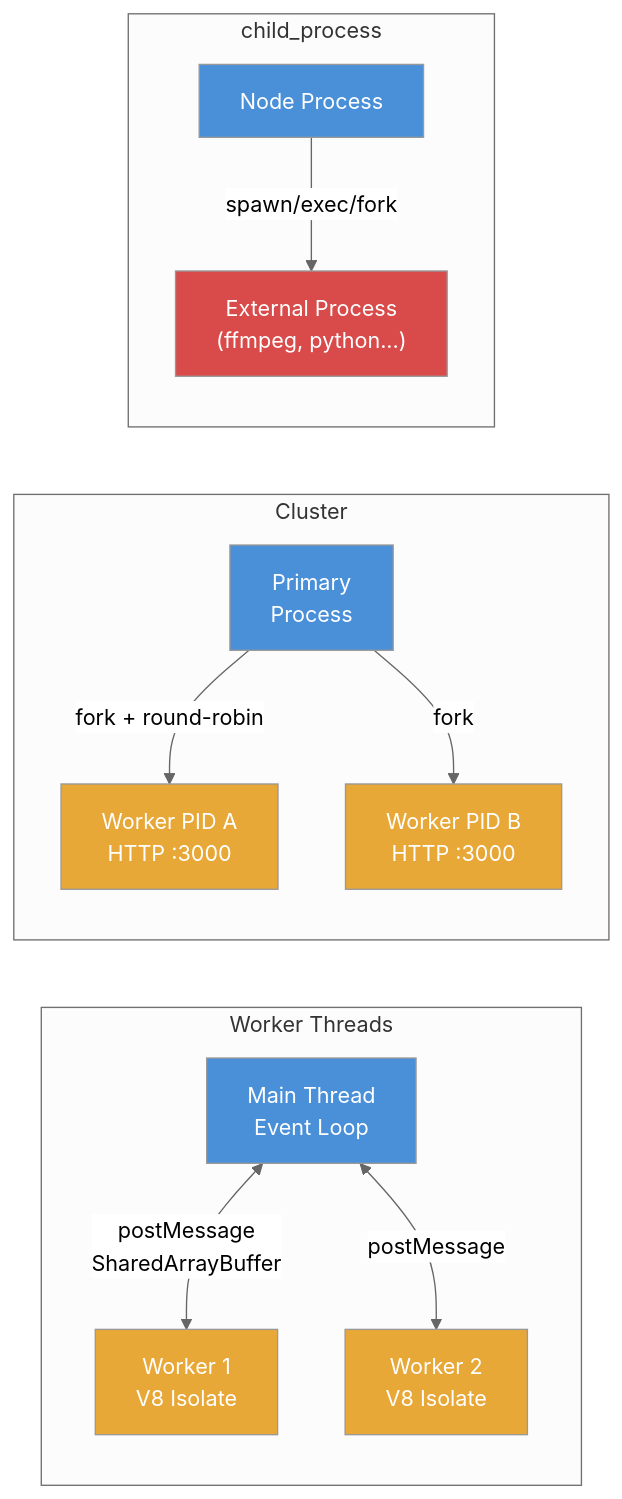
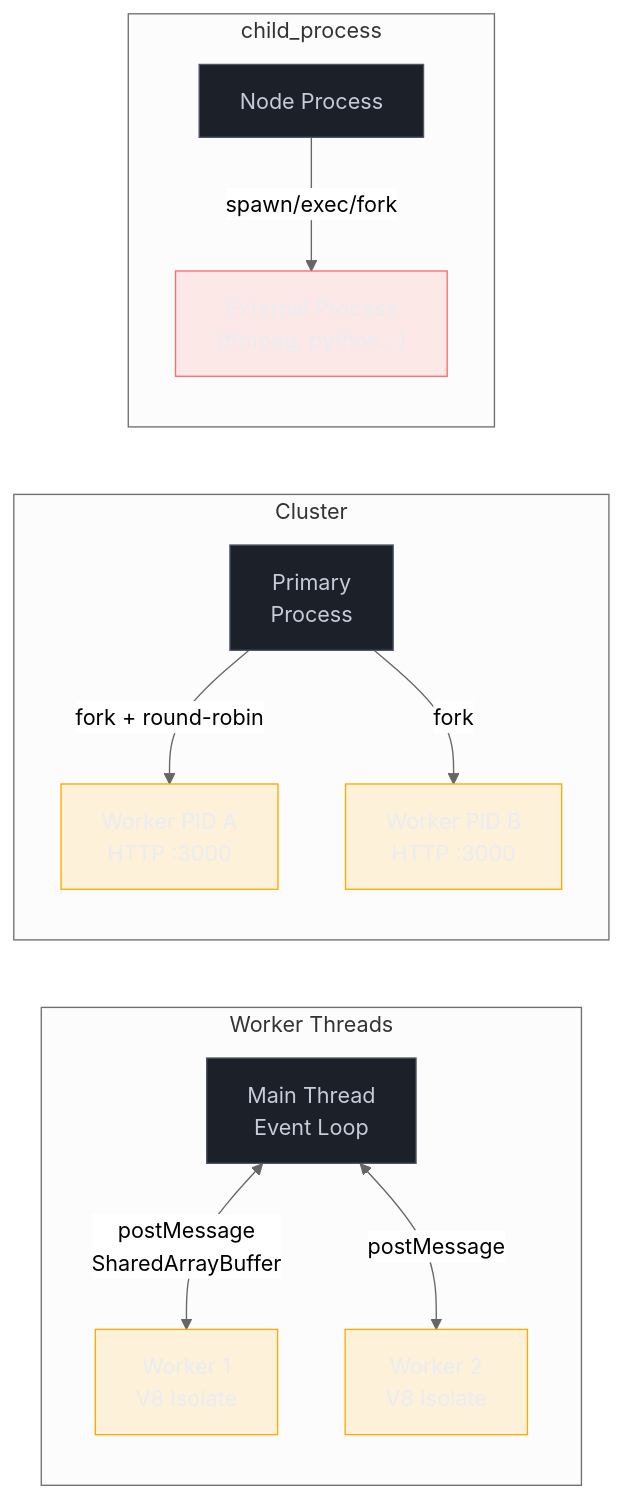
The diagram in 03-Dominios/Tecnologia/Node/Paralelismo/02 - As 3 ferramentas - Worker Threads, Cluster, child_process.md (josenaldo/codex-technomanticus), drawn with Mermaid (neutral theme) before and after one commit. The commit also changed 1181 other files, not shown here.

First line of the commit message:
fix(diagramas): paleta do sistema no lugar de cor cravada no markdown

````diff
--- a/03-Dominios/Tecnologia/Node/Paralelismo/02 - As 3 ferramentas - Worker Threads, Cluster, child_process.md
+++ b/03-Dominios/Tecnologia/Node/Paralelismo/02 - As 3 ferramentas - Worker Threads, Cluster, child_process.md
@@ -89,28 +89,31 @@
 ```mermaid
 graph LR
+    classDef neutro fill:#1B2029,stroke:#4E5666,color:#C6CCD8
+    classDef destaque fill:#FFAA0024,stroke:#FFAA00,color:#E9ECF2
+    classDef falha fill:#FF6B6B24,stroke:#FF6B6B,color:#E9ECF2
     subgraph "Worker Threads"
         direction TB
         MT["Main Thread\nEvent Loop"] <-->|postMessage\nSharedArrayBuffer| WT1["Worker 1\nV8 Isolate"]
         MT <-->|postMessage| WT2["Worker 2\nV8 Isolate"]
     end
 
     subgraph "Cluster"
         direction TB
         PRI["Primary\nProcess"] -->|fork + round-robin| W1["Worker PID A\nHTTP :3000"]
         PRI -->|fork| W2["Worker PID B\nHTTP :3000"]
     end
 
     subgraph "child_process"
         direction TB
         NODE["Node Process"] -->|spawn/exec/fork| EXT["External Process\n(ffmpeg, python...)"]
     end
 
-    style MT fill:#4A90D9,color:#fff
-    style PRI fill:#4A90D9,color:#fff
-    style NODE fill:#4A90D9,color:#fff
-    style WT1 fill:#E8A838,color:#fff
-    style WT2 fill:#E8A838,color:#fff
-    style W1 fill:#E8A838,color:#fff
-    style W2 fill:#E8A838,color:#fff
-    style EXT fill:#D94A4A,color:#fff
+    class MT neutro
+    class PRI neutro
+    class NODE neutro
+    class WT1 destaque
+    class WT2 destaque
+    class W1 destaque
+    class W2 destaque
+    class EXT falha
 ```
````
